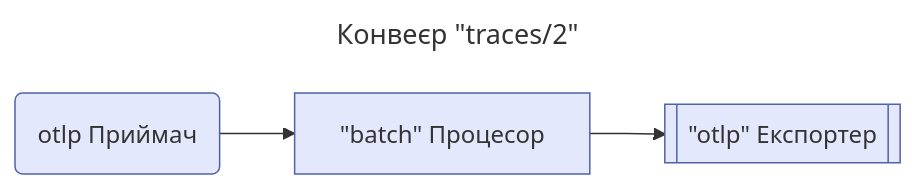
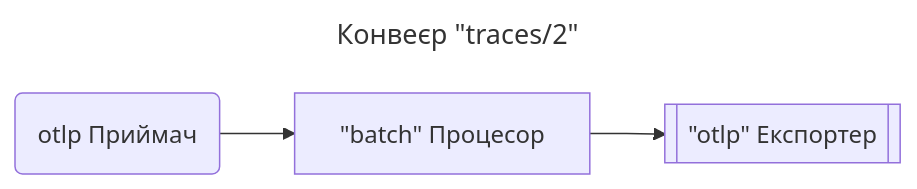
Before and after one commit to open-telemetry/opentelemetry.io: the fifth of 7 diagrams in content/uk/docs/collector/architecture.md, drawn with Mermaid. The commit also changed other lines of this file and 191 other files, not shown here.

````diff
--- a/content/uk/docs/collector/architecture.md
+++ b/content/uk/docs/collector/architecture.md
@@ -203,10 +194,8 @@
 ```mermaid
 ---
 title: Конвеєр "traces/2"
 ---
 flowchart LR
-    R1("`otlp Приймач`") --> P1["`#quot;batch#quot; Процесор`"]
-    P1 --> E1[["`#quot;otlp#quot; Експортер`"]]
-
-    classDef default fill:#e3e8fc,stroke:#4f62ad;
+  R1("`otlp Приймач`") --> P1["`#quot;batch#quot; Процесор`"]
+  P1 --> E1[["`#quot;otlp#quot; Експортер`"]]
 ```
````
